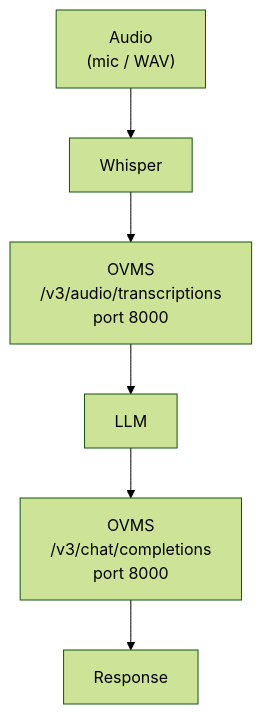
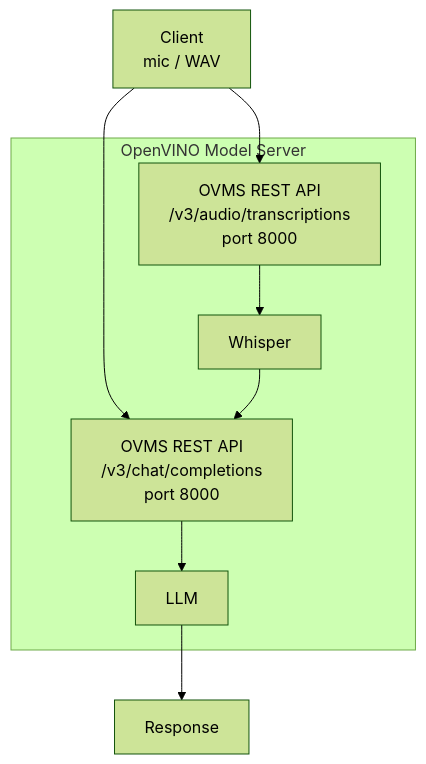
Before and after one commit to kazukiminemura/OVMS_baremetal_demo: the diagram in Readme.md, drawn with Mermaid (forest theme).

Commit message:
Fix OVMS architecture diagram

````diff
--- a/Readme.md
+++ b/Readme.md
@@ -7,8 +7,13 @@
 ```mermaid
 flowchart TD
-    A["Audio<br/>(mic / WAV)"] --> B["Whisper"]
-    B --> C["OVMS<br/>/v3/audio/transcriptions<br/>port 8000"]
-    C --> D["LLM"]
-    D --> E["OVMS<br/>/v3/chat/completions<br/>port 8000"]
+    A["Client<br/>mic / WAV"] --> B["OVMS REST API<br/>/v3/audio/transcriptions<br/>port 8000"]
+    A --> C["OVMS REST API<br/>/v3/chat/completions<br/>port 8000"]
+
+    subgraph OVMS["OpenVINO Model Server"]
+        B --> D["Whisper"]
+        C --> E["LLM"]
+    end
+
+    D --> C
     E --> F["Response"]
 ```
````
